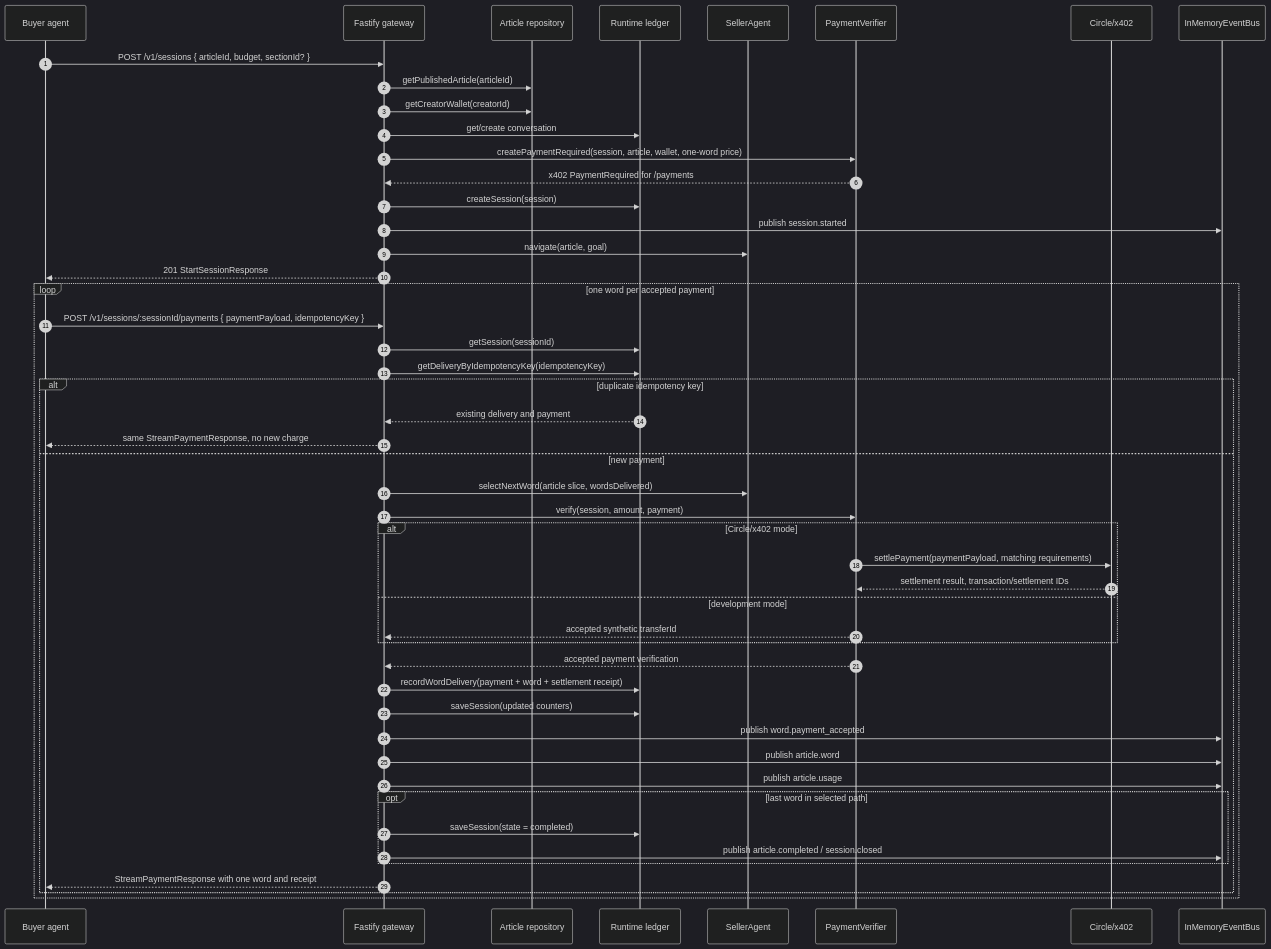
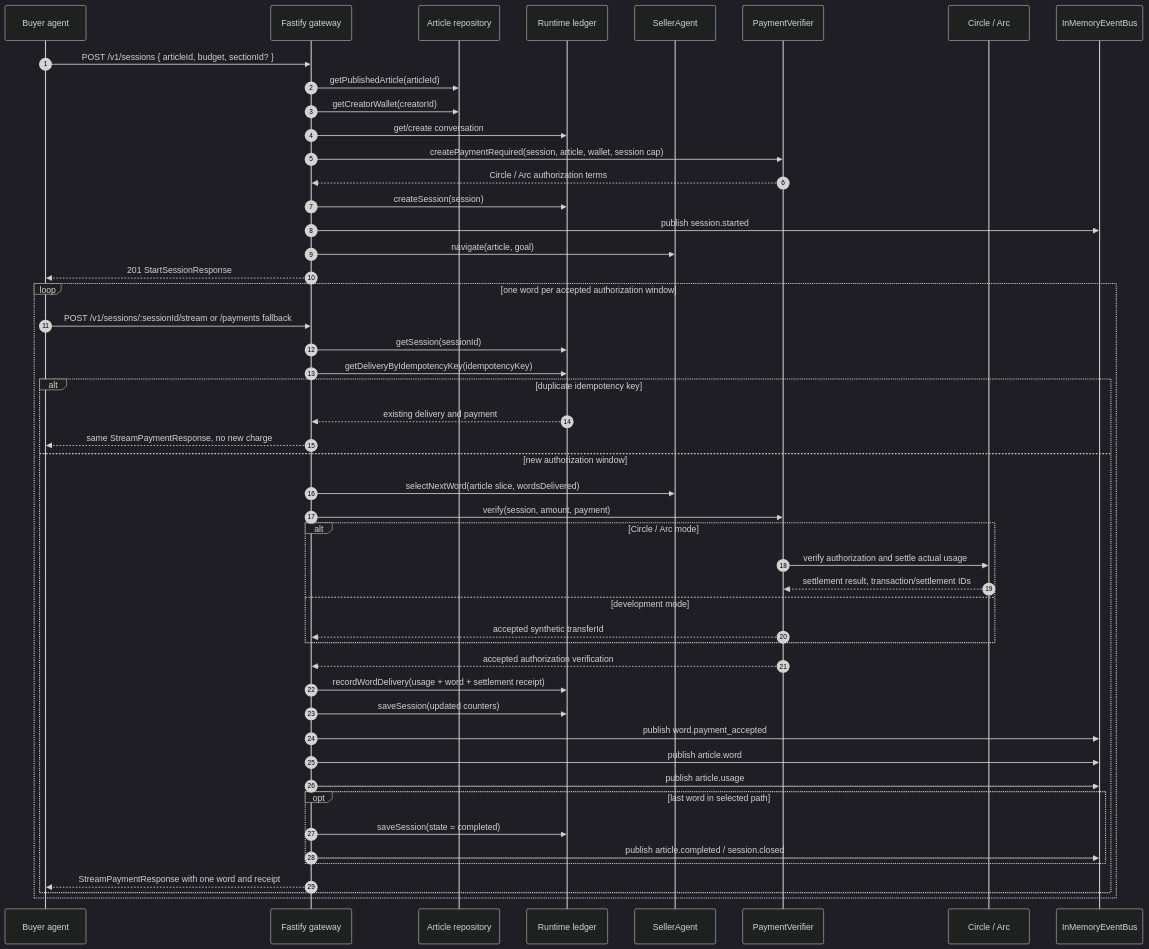
Before and after one commit to michaelzoub/rubicon: the second of 2 diagrams in docs/server-endpoint-architecture.md, drawn with Mermaid (dark theme). The commit also changed other lines of this file and 17 other files, not shown here.

Commit message:
fix: updated gateway architecture to avoid having latency issues with streaming every word through x402

````diff
--- a/docs/server-endpoint-architecture.md
+++ b/docs/server-endpoint-architecture.md
@@ -156,53 +157,53 @@
 ```mermaid
 sequenceDiagram
   autonumber
   participant B as Buyer agent
   participant G as Fastify gateway
   participant A as Article repository
   participant L as Runtime ledger
   participant S as SellerAgent
   participant P as PaymentVerifier
-  participant C as Circle/x402
+  participant C as Circle / Arc
   participant E as InMemoryEventBus
 
   B->>G: POST /v1/sessions { articleId, budget, sectionId? }
   G->>A: getPublishedArticle(articleId)
   G->>A: getCreatorWallet(creatorId)
   G->>L: get/create conversation
-  G->>P: createPaymentRequired(session, article, wallet, one-word price)
-  P-->>G: x402 PaymentRequired for /payments
+  G->>P: createPaymentRequired(session, article, wallet, session cap)
+  P-->>G: Circle / Arc authorization terms
   G->>L: createSession(session)
   G->>E: publish session.started
   G->>S: navigate(article, goal)
   G-->>B: 201 StartSessionResponse
 
-  loop one word per accepted payment
-    B->>G: POST /v1/sessions/:sessionId/payments { paymentPayload, idempotencyKey }
+  loop one word per accepted authorization window
+    B->>G: POST /v1/sessions/:sessionId/stream or /payments fallback
     G->>L: getSession(sessionId)
     G->>L: getDeliveryByIdempotencyKey(idempotencyKey)
     alt duplicate idempotency key
       L-->>G: existing delivery and payment
       G-->>B: same StreamPaymentResponse, no new charge
-    else new payment
+    else new authorization window
       G->>S: selectNextWord(article slice, wordsDelivered)
       G->>P: verify(session, amount, payment)
-      alt Circle/x402 mode
-        P->>C: settlePayment(paymentPayload, matching requirements)
+      alt Circle / Arc mode
+        P->>C: verify authorization and settle actual usage
         C-->>P: settlement result, transaction/settlement IDs
       else development mode
         P-->>G: accepted synthetic transferId
       end
-      P-->>G: accepted payment verification
-      G->>L: recordWordDelivery(payment + word + settlement receipt)
+      P-->>G: accepted authorization verification
+      G->>L: recordWordDelivery(usage + word + settlement receipt)
       G->>L: saveSession(updated counters)
       G->>E: publish word.payment_accepted
       G->>E: publish article.word
       G->>E: publish article.usage
       opt last word in selected path
         G->>L: saveSession(state = completed)
         G->>E: publish article.completed / session.closed
       end
       G-->>B: StreamPaymentResponse with one word and receipt
     end
   end
 ```
````
